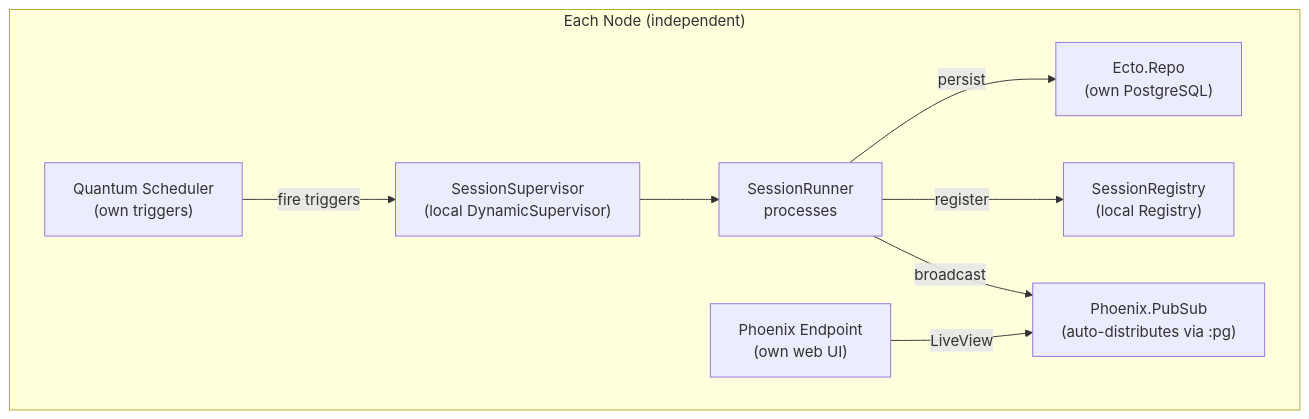
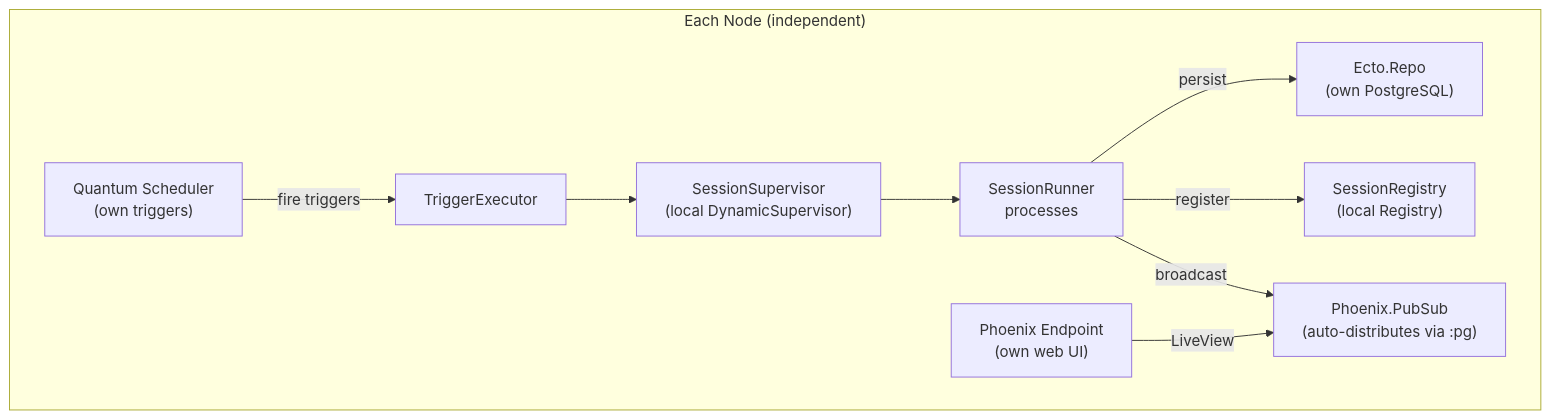
The second of 5 diagrams in .context/clustering.md (zingbretsen/orca_hub), drawn with Mermaid before and after one commit. The commit also changed 28 other files, not shown here.

First line of the commit message:
Nightly code quality: fix cluster bugs, update diagrams

````diff
--- a/.context/clustering.md
+++ b/.context/clustering.md
@@ -48,19 +48,21 @@
 ```mermaid
 graph TB
     subgraph EachNode["Each Node (independent)"]
         Repo["Ecto.Repo<br/>(own PostgreSQL)"]
         SR["SessionRegistry<br/>(local Registry)"]
         SS["SessionSupervisor<br/>(local DynamicSupervisor)"]
         Runners["SessionRunner<br/>processes"]
         PS["Phoenix.PubSub<br/>(auto-distributes via :pg)"]
         Sched["Quantum Scheduler<br/>(own triggers)"]
         EP["Phoenix Endpoint<br/>(own web UI)"]
 
         SS --> Runners
         Runners -->|register| SR
         Runners -->|broadcast| PS
         Runners -->|persist| Repo
-        Sched -->|fire triggers| SS
+        TE["TriggerExecutor"]
+        Sched -->|fire triggers| TE
+        TE --> SS
         EP -->|LiveView| PS
     end
 ```
````
